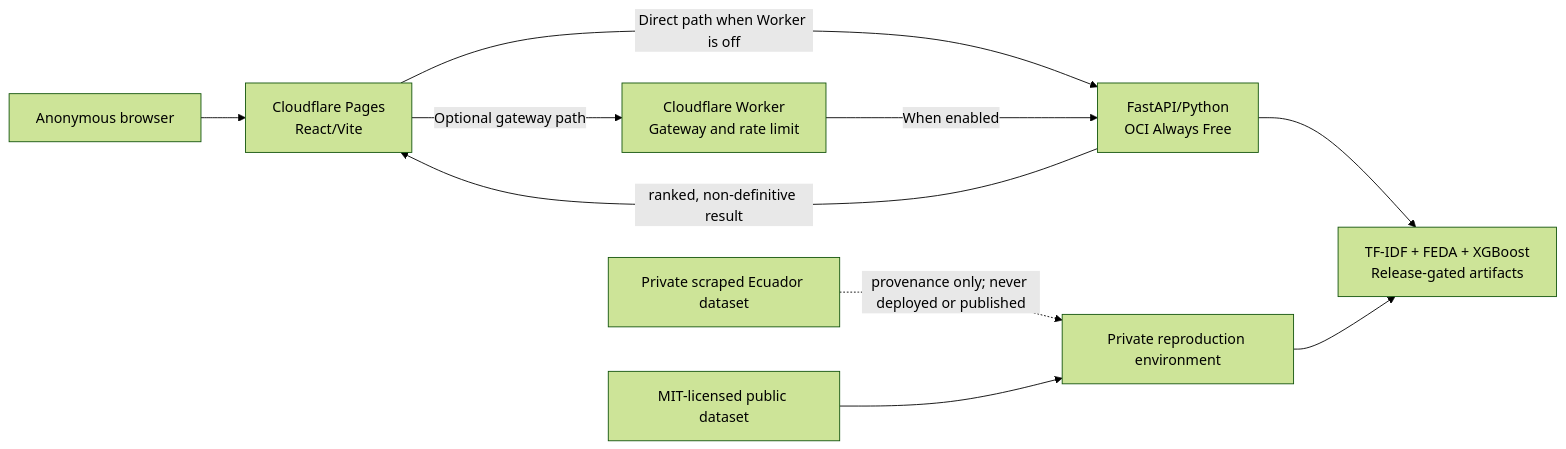
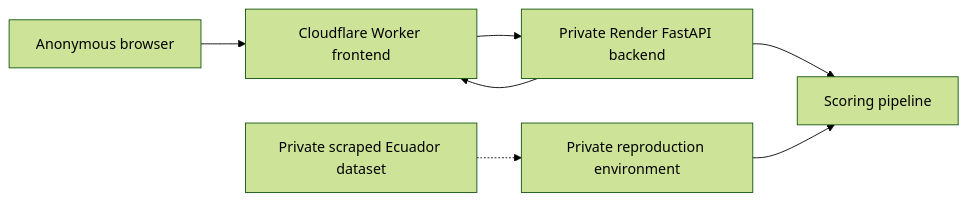
The diagram in docs/ARCHITECTURE.md (Sam-24-dev/ecuador-prioritizer), drawn with Mermaid (forest theme) before and after one commit. The commit also changed other lines of this file and 1 other file, not shown here.

````diff
--- a/docs/ARCHITECTURE.md
+++ b/docs/ARCHITECTURE.md
@@ -7,13 +7,10 @@
 ```mermaid
 flowchart LR
-    U[Anonymous browser] --> P[Cloudflare Pages\nReact/Vite]
-    P -->|Direct path when Worker is off| A[FastAPI/Python\nOCI Always Free]
-    P -->|Optional gateway path| W[Cloudflare Worker\nGateway and rate limit]
-    W -->|When enabled| A
-    A --> M[TF-IDF + FEDA + XGBoost\nRelease-gated artifacts]
-    A -->|ranked, non-definitive result| P
+    U[Anonymous browser] --> W[Cloudflare Worker frontend]
+    W --> A[Private Render FastAPI backend]
+    A --> M[Scoring pipeline]
+    A --> W
 
-    D[Private scraped Ecuador dataset] -. provenance only; never deployed or published .-> R[Private reproduction environment]
-    L[MIT-licensed public dataset] --> R
+    D[Private scraped Ecuador dataset] -.-> R[Private reproduction environment]
     R --> M
 ```
````
